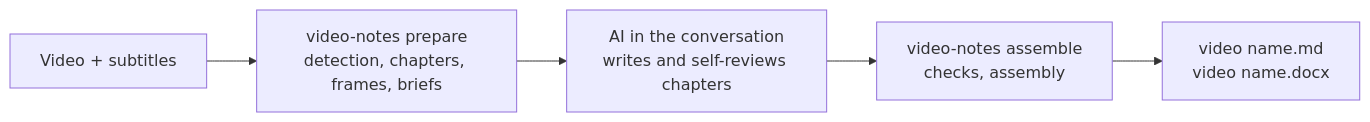
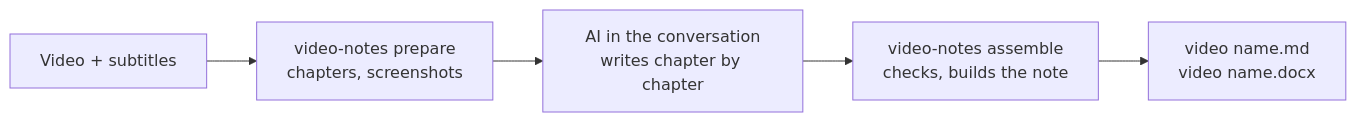
Before and after one commit to songyang8964/video-notes: the diagram in README.en.md, drawn with Mermaid. The commit also changed other lines of this file and 8 other files, not shown here.

First line of the commit message:
README as three steps with Colab screenshots; the tested Colab notebook ships with video-notes

````diff
--- a/README.en.md
+++ b/README.en.md
@@ -36,7 +11,7 @@
 ```mermaid
 flowchart LR
-    V["Video + subtitles"] --> P["video-notes prepare<br/>detection, chapters, frames, briefs"]
-    P --> A["AI in the conversation<br/>writes and self-reviews chapters"]
-    A --> S["video-notes assemble<br/>checks, assembly"]
+    V["Video + subtitles"] --> P["video-notes prepare<br/>chapters, screenshots"]
+    P --> A["AI in the conversation<br/>writes chapter by chapter"]
+    A --> S["video-notes assemble<br/>checks, builds the note"]
     S --> O["video name.md<br/>video name.docx"]
 ```
````
